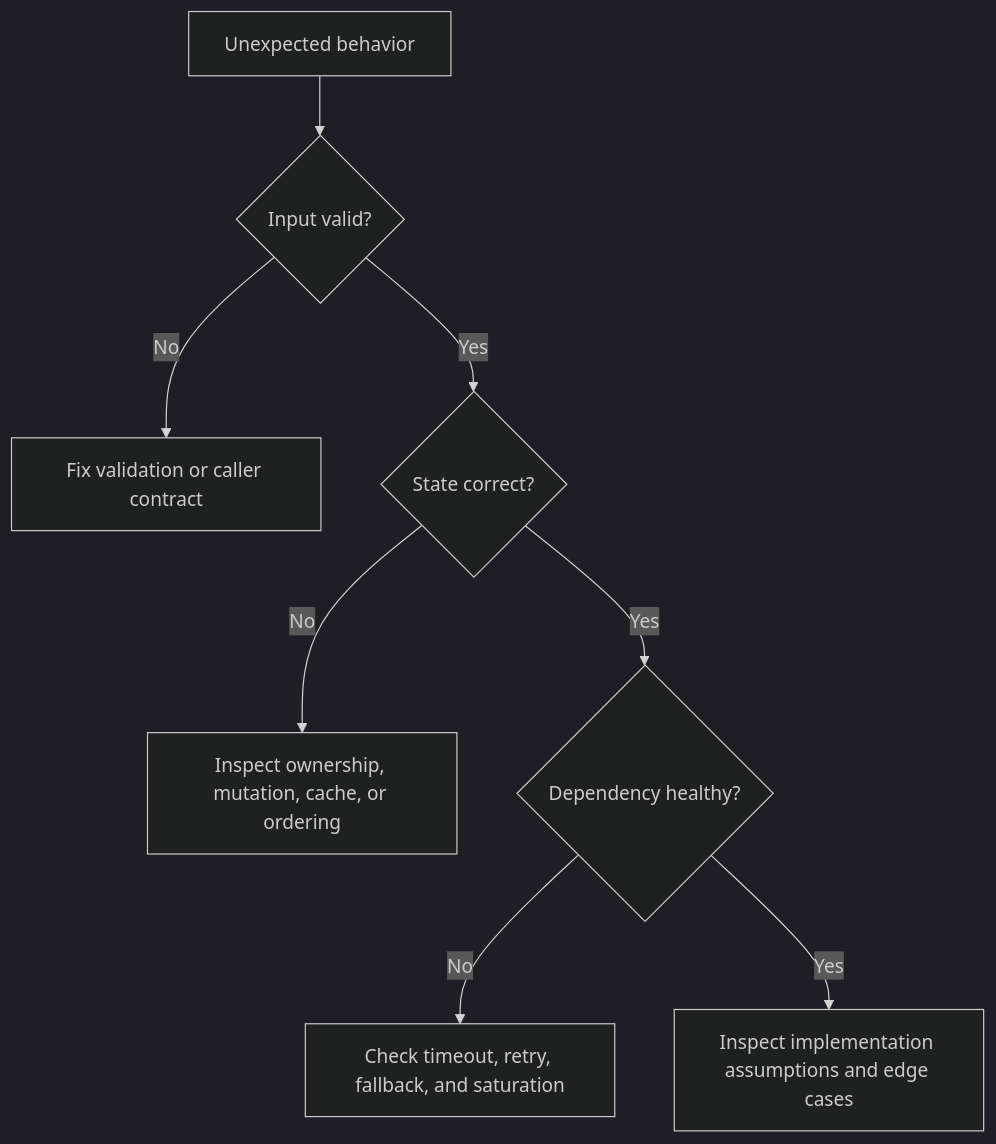
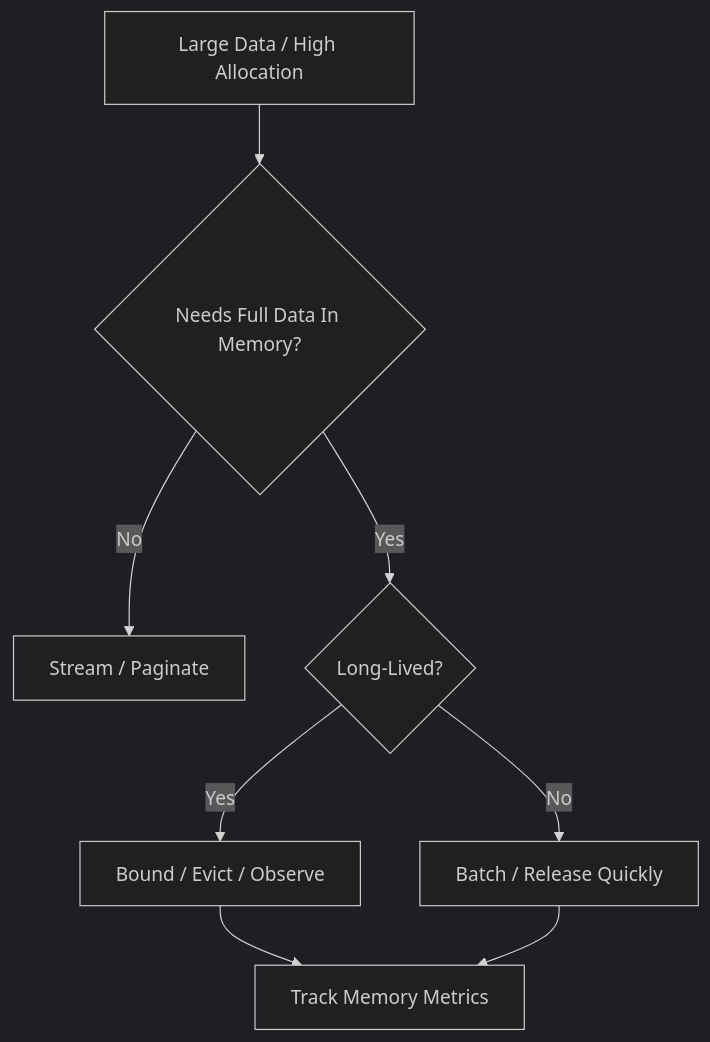
The fourth of 4 diagrams in 002. JavaScript Internals/002.03 Memory Internals/002.03.01 Heap Layout/README.md (AjayPrajapat/Interview), drawn with Mermaid (dark theme) before and after one commit. The commit also changed other lines of this file and 10 other files, not shown here.

````diff
--- a/002. JavaScript Internals/002.03 Memory Internals/002.03.01 Heap Layout/README.md
+++ b/002. JavaScript Internals/002.03 Memory Internals/002.03.01 Heap Layout/README.md
@@ -465,10 +1070,10 @@
 ```mermaid
 flowchart TD
-  A[Unexpected behavior] --> B{Input valid?}
-  B -->|No| C[Fix validation or caller contract]
-  B -->|Yes| D{State correct?}
-  D -->|No| E[Inspect ownership, mutation, cache, or ordering]
-  D -->|Yes| F{Dependency healthy?}
-  F -->|No| G[Check timeout, retry, fallback, and saturation]
-  F -->|Yes| H[Inspect implementation assumptions and edge cases]
+  A["Large Data / High Allocation"] --> B{"Needs Full Data In Memory?"}
+  B -->|No| C["Stream / Paginate"]
+  B -->|Yes| D{"Long-Lived?"}
+  D -->|Yes| E["Bound / Evict / Observe"]
+  D -->|No| F["Batch / Release Quickly"]
+  E --> G["Track Memory Metrics"]
+  F --> G
 ```
````
